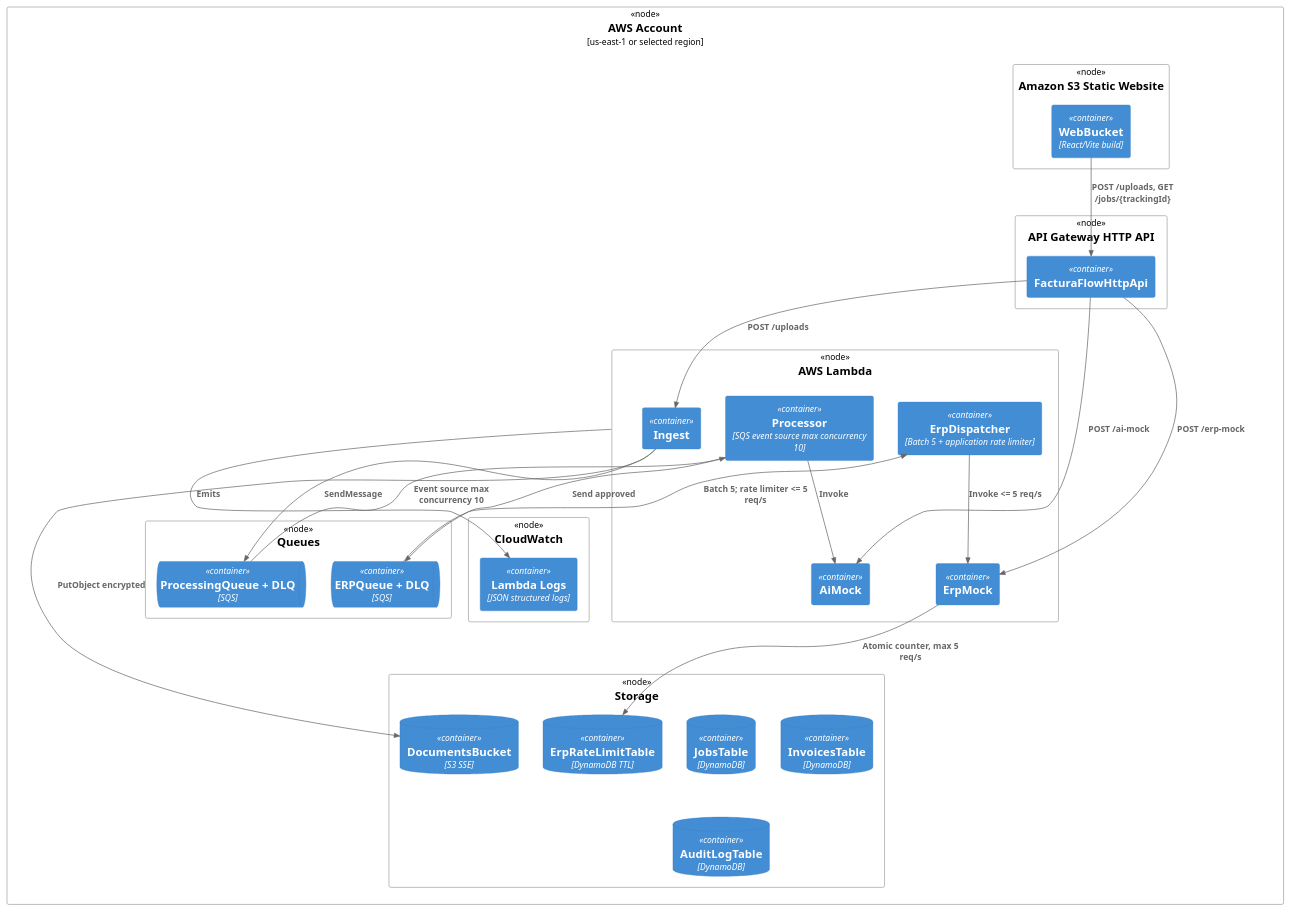
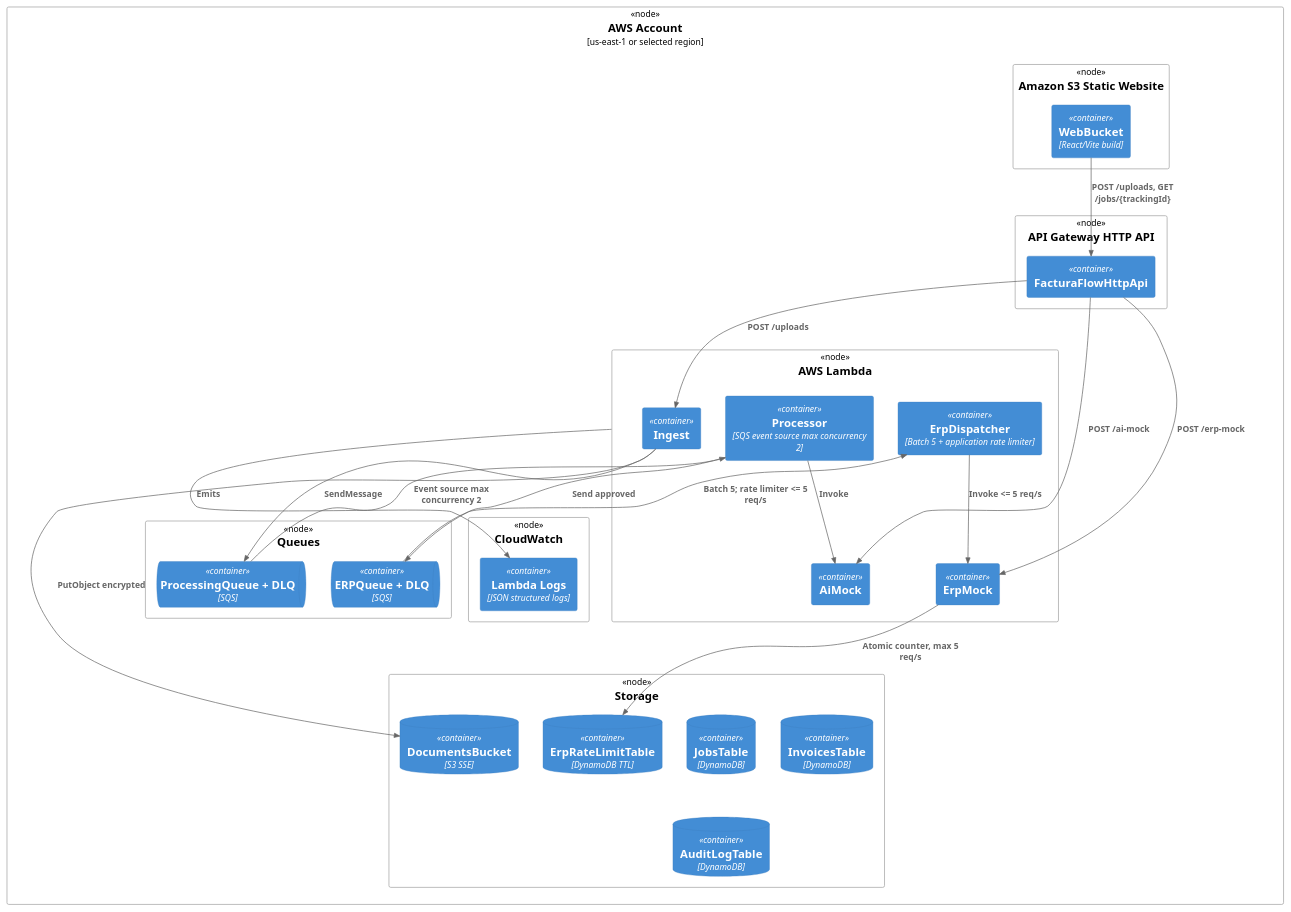
One commit to JimeneZz007/FacturaFlow changed the diagram in docs/diagrams/deployment-aws.puml. Above: the diagram before and after it, drawn with PlantUML. The commit also changed 5 other files, not shown here.

```diff
--- a/docs/diagrams/deployment-aws.puml
+++ b/docs/diagrams/deployment-aws.puml
@@ -1,47 +1,47 @@
 @startuml
 !include https://raw.githubusercontent.com/plantuml-stdlib/C4-PlantUML/master/C4_Deployment.puml
 
 Deployment_Node(aws, "AWS Account", "us-east-1 or selected region") {
   Deployment_Node(apiNode, "API Gateway HTTP API") {
     Container(api, "FacturaFlowHttpApi")
   }
   Deployment_Node(webNode, "Amazon S3 Static Website") {
     Container(web, "WebBucket", "React/Vite build")
   }
   Deployment_Node(lambdaNode, "AWS Lambda") {
     Container(ingest, "Ingest")
-    Container(processor, "Processor", "SQS event source max concurrency 10")
+    Container(processor, "Processor", "SQS event source max concurrency 2")
     Container(ai, "AiMock")
     Container(dispatcher, "ErpDispatcher", "Batch 5 + application rate limiter")
     Container(erp, "ErpMock")
   }
   Deployment_Node(storageNode, "Storage") {
     ContainerDb(s3, "DocumentsBucket", "S3 SSE")
     ContainerDb(jobs, "JobsTable", "DynamoDB")
     ContainerDb(invoices, "InvoicesTable", "DynamoDB")
     ContainerDb(audit, "AuditLogTable", "DynamoDB")
     ContainerDb(erpLimit, "ErpRateLimitTable", "DynamoDB TTL")
   }
   Deployment_Node(queueNode, "Queues") {
     ContainerQueue(pq, "ProcessingQueue + DLQ", "SQS")
     ContainerQueue(eq, "ERPQueue + DLQ", "SQS")
   }
   Deployment_Node(obs, "CloudWatch") {
     Container(logs, "Lambda Logs", "JSON structured logs")
   }
 }
 
 Rel(api, ingest, "POST /uploads")
 Rel(web, api, "POST /uploads, GET /jobs/{trackingId}")
 Rel(api, ai, "POST /ai-mock")
 Rel(api, erp, "POST /erp-mock")
 Rel(ingest, s3, "PutObject encrypted")
 Rel(ingest, pq, "SendMessage")
-Rel(pq, processor, "Event source max concurrency 10")
+Rel(pq, processor, "Event source max concurrency 2")
 Rel(processor, ai, "Invoke")
 Rel(processor, eq, "Send approved")
 Rel(eq, dispatcher, "Batch 5; rate limiter <= 5 req/s")
 Rel(dispatcher, erp, "Invoke <= 5 req/s")
 Rel(erp, erpLimit, "Atomic counter, max 5 req/s")
 Rel(lambdaNode, logs, "Emits")
 @enduml
```
